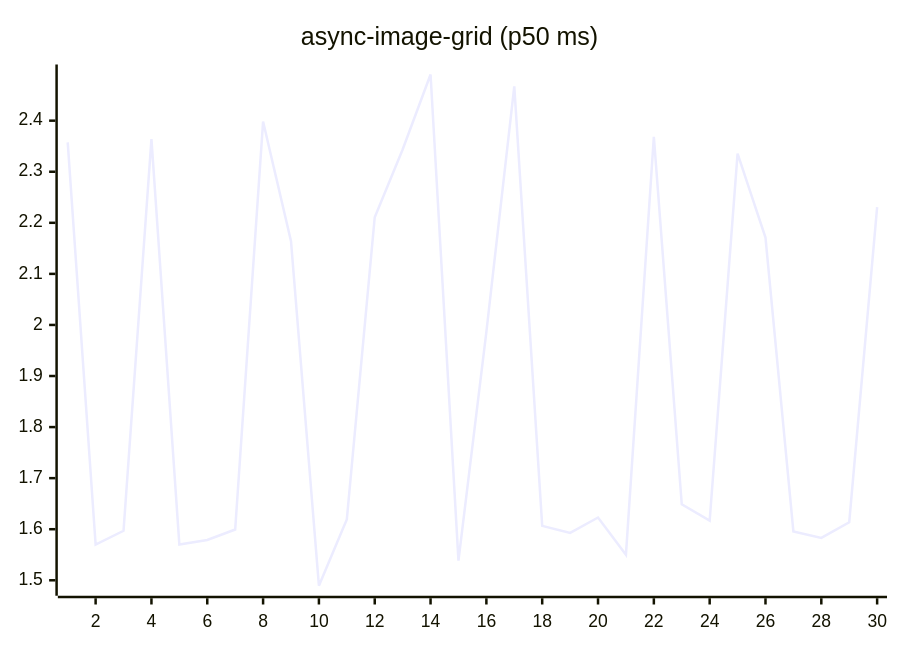
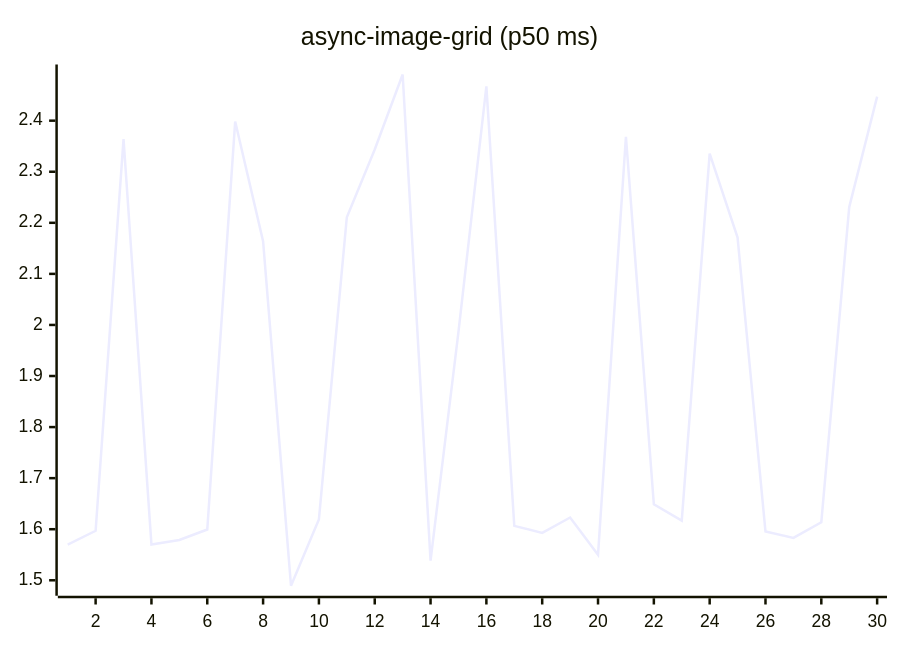
One commit to josha/Facet changed the fifth of 27 diagrams in README.md. Above: the diagram before and after it, drawn with Mermaid. The commit also changed other lines of this file and 2 other files, not shown here.

````diff
--- a/README.md
+++ b/README.md
@@ -91,6 +91,6 @@
 ```mermaid
 xychart-beta
     title "async-image-grid (p50 ms)"
     x-axis 1 --> 30
-    line [2.3575, 1.5699, 1.5969, 2.3640, 1.5700, 1.5790, 1.5994, 2.3982, 2.1641, 1.4893, 1.6193, 2.2110, 2.3435, 2.4904, 1.5386, 1.9864, 2.4670, 1.6066, 1.5928, 1.6229, 1.5501, 2.3685, 1.6487, 1.6169, 2.3355, 2.1710, 1.5954, 1.5829, 1.6137, 2.2308]
+    line [1.5699, 1.5969, 2.3640, 1.5700, 1.5790, 1.5994, 2.3982, 2.1641, 1.4893, 1.6193, 2.2110, 2.3435, 2.4904, 1.5386, 1.9864, 2.4670, 1.6066, 1.5928, 1.6229, 1.5501, 2.3685, 1.6487, 1.6169, 2.3355, 2.1710, 1.5954, 1.5829, 1.6137, 2.2308, 2.4470]
 ```
````
